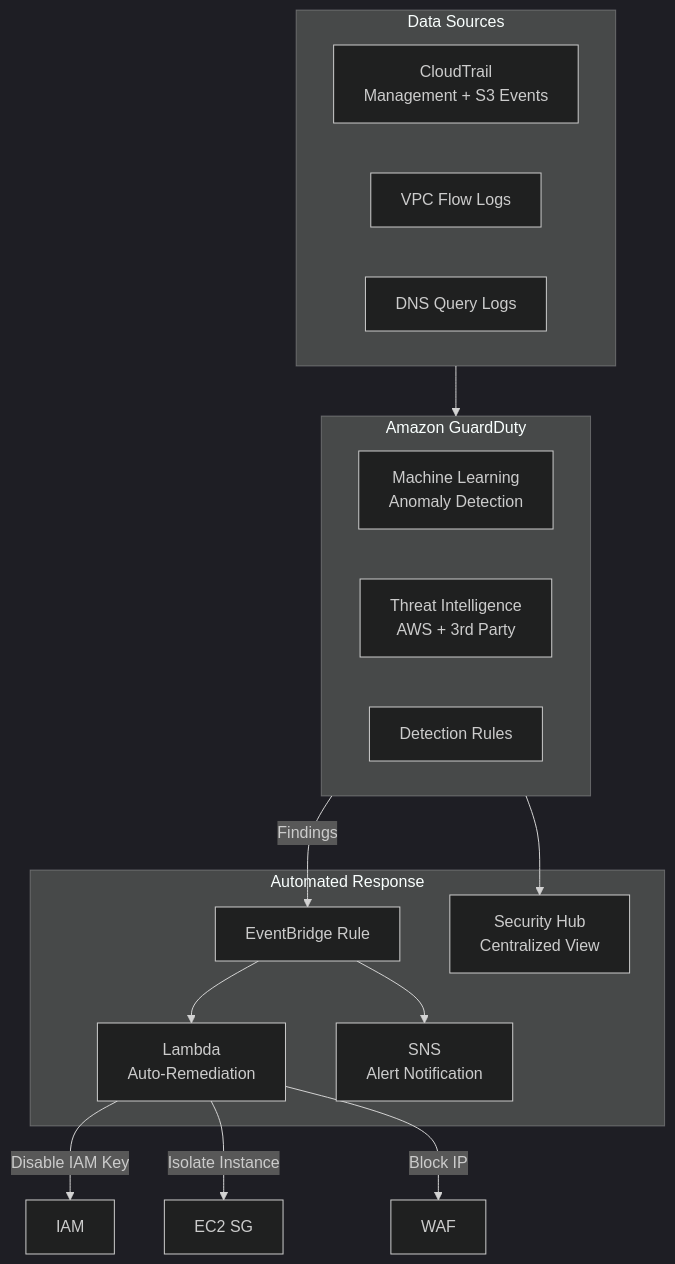
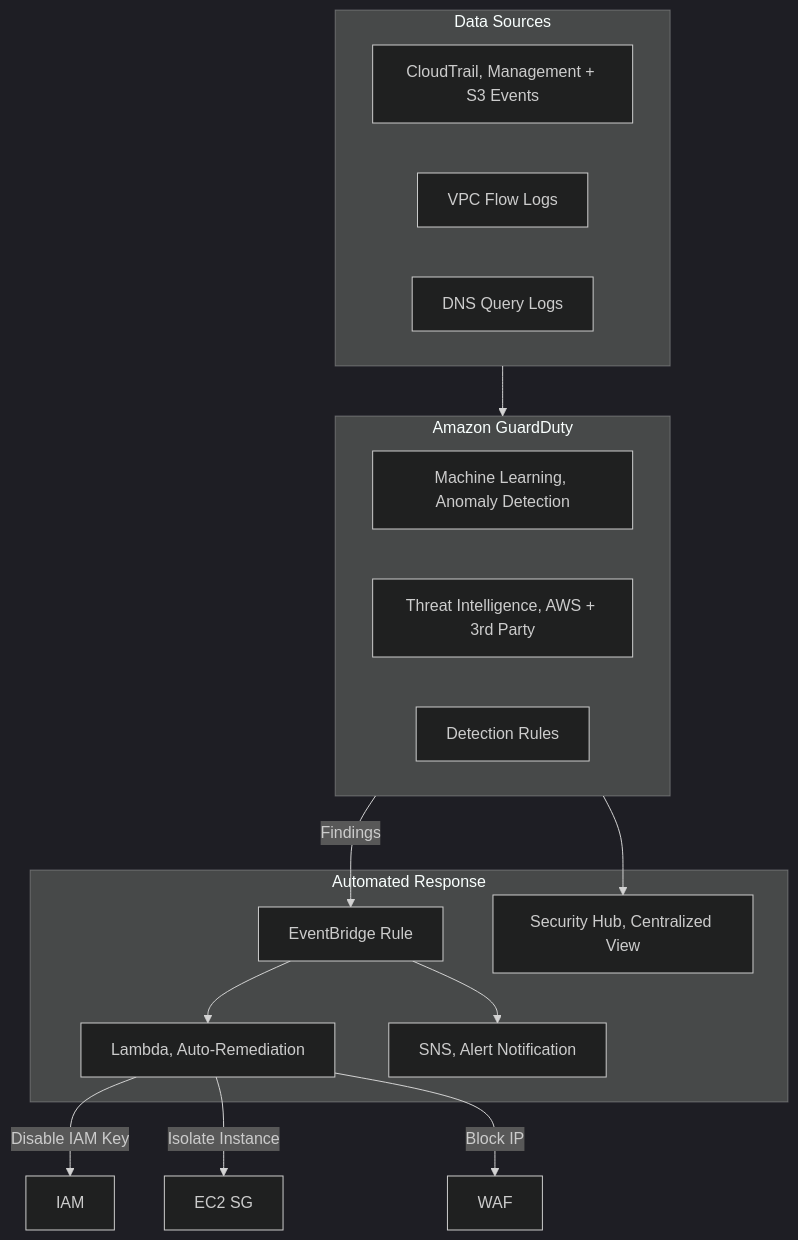
Before and after one commit to DeeptiShuklaProject/Uday_AWS: the first of 3 diagrams in Chapter_43_Amazon_GuardDuty.md, drawn with Mermaid (dark theme). The commit also changed other lines of this file and 34 other files, not shown here.

Commit message:
Fix mermaid diagrams syntax across all chapters (quote labels and remove HTML)

````diff
--- a/Chapter_43_Amazon_GuardDuty.md
+++ b/Chapter_43_Amazon_GuardDuty.md
@@ -158,31 +158,31 @@
 ```mermaid
 flowchart TD
     subgraph Sources["Data Sources"]
-        CT[CloudTrail<br>Management + S3 Events]
+        CT["CloudTrail, Management + S3 Events"]
         VPC[VPC Flow Logs]
         DNS[DNS Query Logs]
     end
     
     subgraph GD["Amazon GuardDuty"]
-        ML[Machine Learning<br>Anomaly Detection]
-        TI[Threat Intelligence<br>AWS + 3rd Party]
+        ML["Machine Learning, Anomaly Detection"]
+        TI["Threat Intelligence, AWS + 3rd Party"]
         Rules[Detection Rules]
     end
     
     subgraph Response["Automated Response"]
         EB[EventBridge Rule]
-        Lambda[Lambda<br>Auto-Remediation]
-        SNS[SNS<br>Alert Notification]
-        SH[Security Hub<br>Centralized View]
+        Lambda["Lambda, Auto-Remediation"]
+        SNS["SNS, Alert Notification"]
+        SH["Security Hub, Centralized View"]
     end
     
     Sources --> GD
     GD -->|Findings| EB
     EB --> Lambda
     EB --> SNS
     GD --> SH
     
     Lambda -->|Disable IAM Key| IAM[IAM]
     Lambda -->|Isolate Instance| EC2[EC2 SG]
     Lambda -->|Block IP| WAF[WAF]
 ```
````
